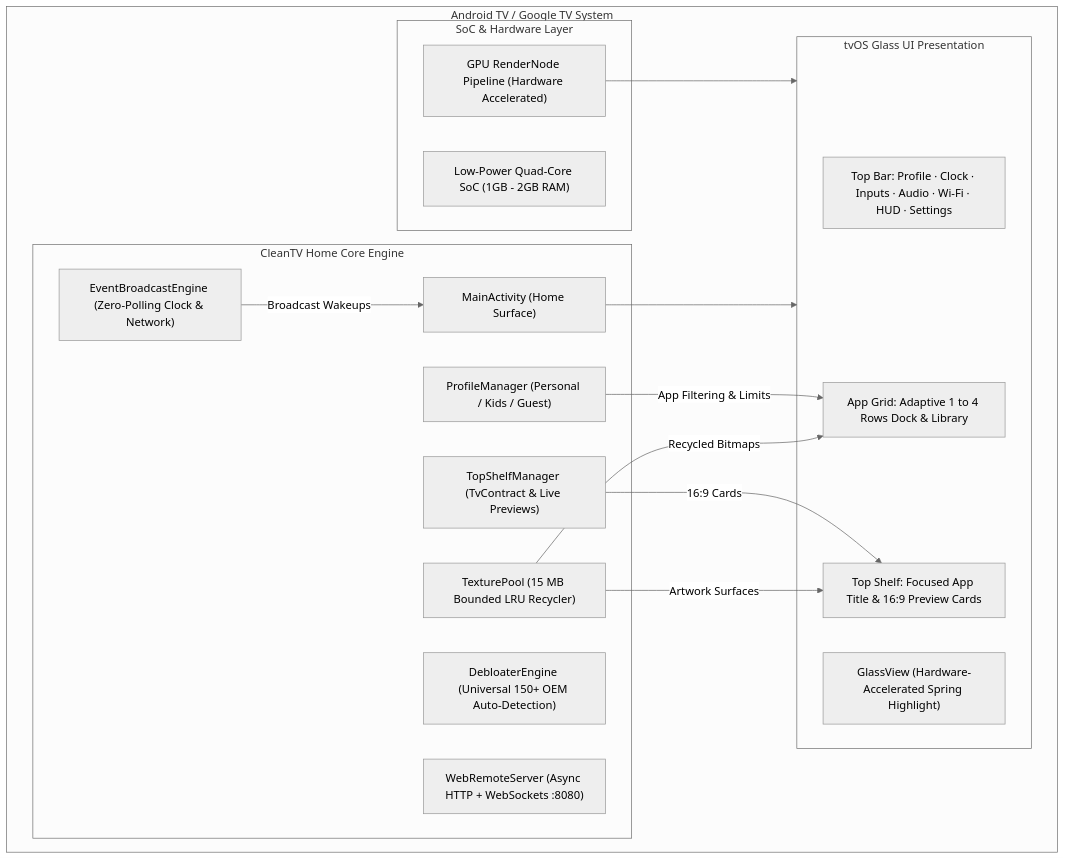
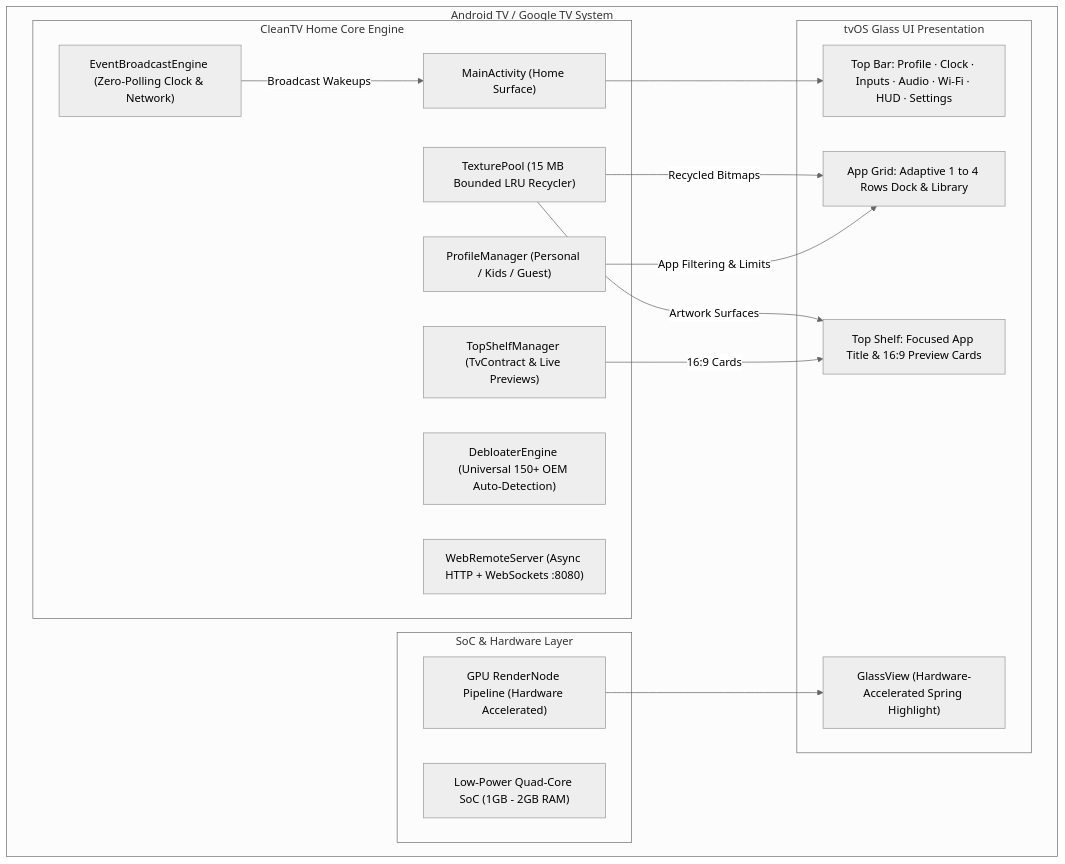
One commit to Rishisharma029/CleanTV-Home changed the first of 6 diagrams in README.md. Above: the diagram before and after it, drawn with Mermaid (neutral theme). The commit also changed other lines of this file, not shown here.

Commit message:
fix(docs): resolve GitHub Mermaid parser error in zero-jank hardware pipeline diagram

````diff
--- a/README.md
+++ b/README.md
@@ -41,34 +41,34 @@
 ```mermaid
 flowchart TD
     subgraph TV["Android TV / Google TV System"]
         subgraph Hardware["SoC & Hardware Layer"]
             CPU["Low-Power Quad-Core SoC (1GB - 2GB RAM)"]
             GPU["GPU RenderNode Pipeline (Hardware Accelerated)"]
         end
 
         subgraph CoreEngine["CleanTV Home Core Engine"]
             MainActivity["MainActivity (Home Surface)"]
             EventEngine["EventBroadcastEngine (Zero-Polling Clock & Network)"]
             TextureEngine["TexturePool (15 MB Bounded LRU Recycler)"]
             ProfileEngine["ProfileManager (Personal / Kids / Guest)"]
             DebloatEngine["DebloaterEngine (Universal 150+ OEM Auto-Detection)"]
             ShelfEngine["TopShelfManager (TvContract & Live Previews)"]
             WebRemote["WebRemoteServer (Async HTTP + WebSockets :8080)"]
         end
 
         subgraph UI["tvOS Glass UI Presentation"]
             TopBar["Top Bar: Profile · Clock · Inputs · Audio · Wi-Fi · HUD · Settings"]
             TopShelf["Top Shelf: Focused App Title & 16:9 Preview Cards"]
             AppGrid["App Grid: Adaptive 1 to 4 Rows Dock & Library"]
             GlassHighlight["GlassView (Hardware-Accelerated Spring Highlight)"]
         end
     end
 
     EventEngine -->|"Broadcast Wakeups"| MainActivity
     TextureEngine -->|"Recycled Bitmaps"| AppGrid
     TextureEngine -->|"Artwork Surfaces"| TopShelf
     ProfileEngine -->|"App Filtering & Limits"| AppGrid
     ShelfEngine -->|"16:9 Cards"| TopShelf
-    MainActivity --> UI
-    GPU --> UI
+    MainActivity --> TopBar
+    GPU --> GlassHighlight
 ```
````
